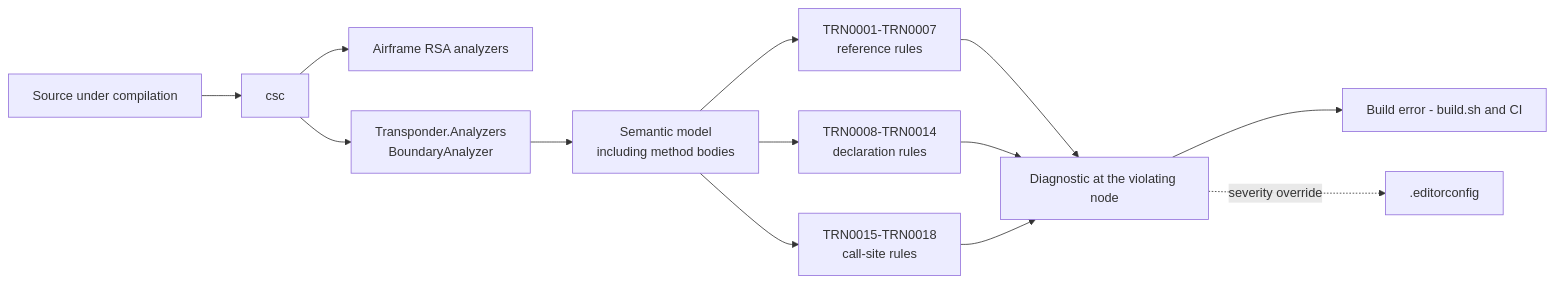
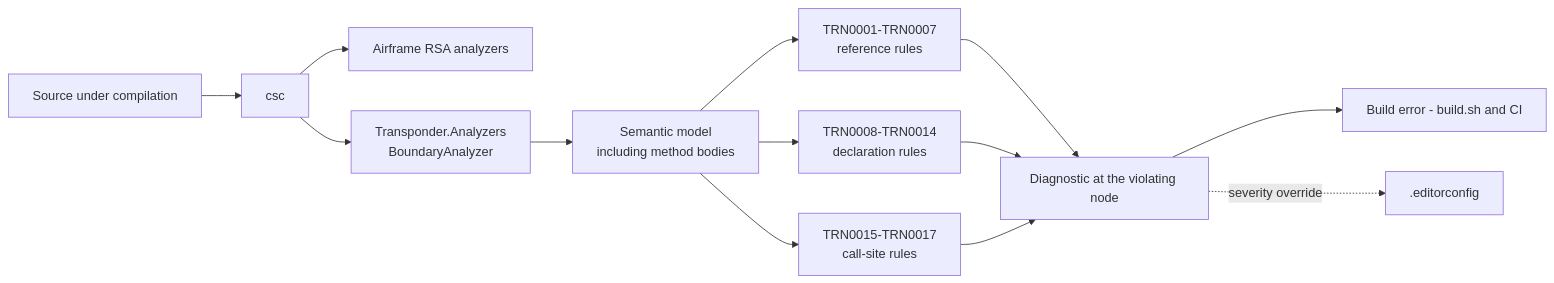
Before and after one commit to RLittlesII/Transporter: the first of 2 diagrams in features/boundary-analyzer/.spec/README.md, drawn with Mermaid. The commit also changed other lines of this file and 50 other files, not shown here.

````diff
--- a/features/boundary-analyzer/.spec/README.md
+++ b/features/boundary-analyzer/.spec/README.md
@@ -225,15 +224,15 @@
 ```mermaid
 flowchart LR
     SRC[Source under compilation] --> CSC[csc]
     CSC --> RSA[Airframe RSA analyzers]
     CSC --> TRN[Transponder.Analyzers\nBoundaryAnalyzer]
     TRN --> SEM[Semantic model\nincluding method bodies]
     SEM --> REF[TRN0001-TRN0007\nreference rules]
     SEM --> DECL[TRN0008-TRN0014\ndeclaration rules]
-    SEM --> REG[TRN0015-TRN0018\ncall-site rules]
+    SEM --> REG[TRN0015-TRN0017\ncall-site rules]
     REF --> DIAG[Diagnostic at the violating node]
     DECL --> DIAG
     REG --> DIAG
     DIAG --> BUILD[Build error - build.sh and CI]
     DIAG -. severity override .-> EC[.editorconfig]
 ```
````
